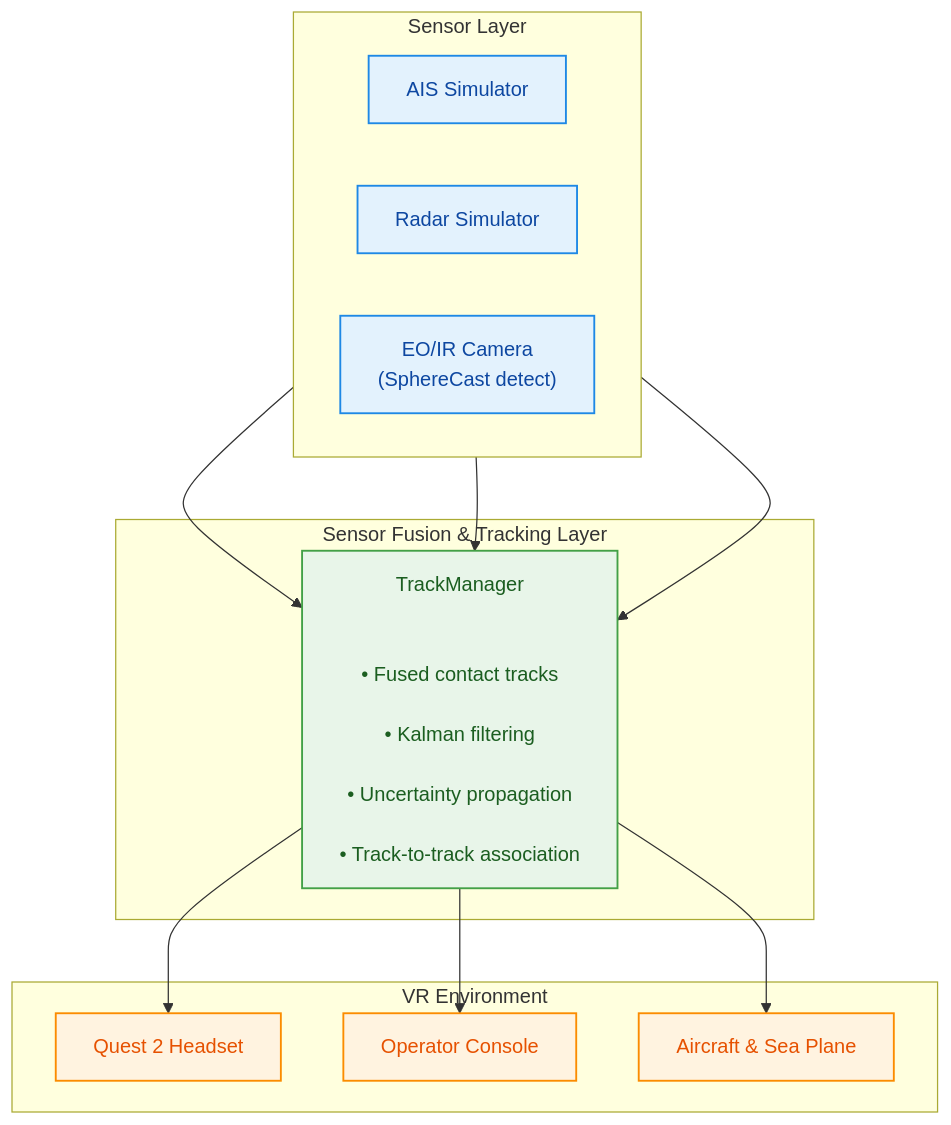
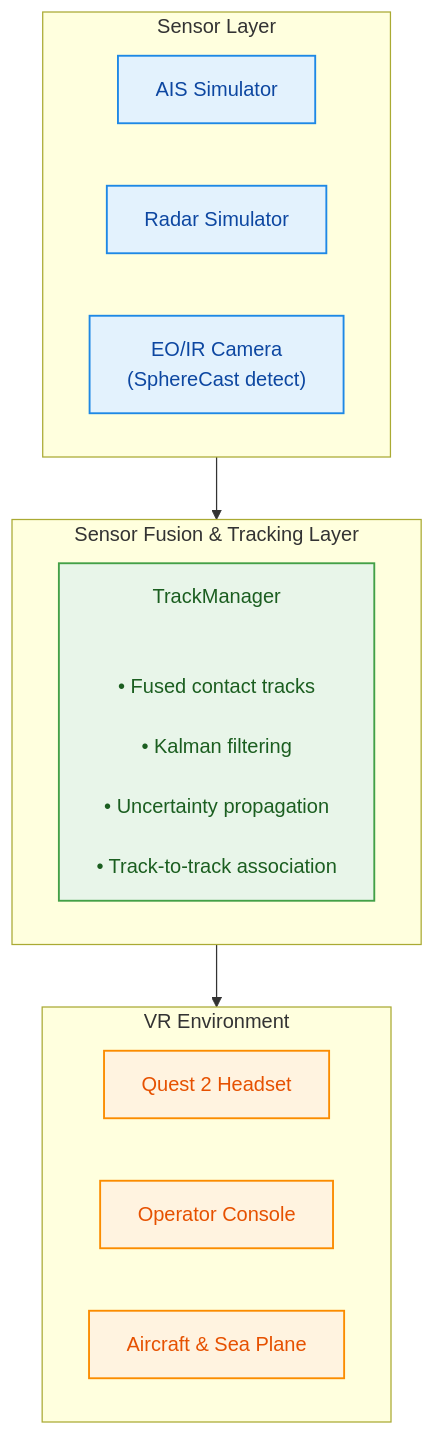
One commit to martinhli/master-thesis changed the diagram in README.md. Above: the diagram before and after it, drawn with Mermaid.

Commit message:
Update data flow connections in README
Removed outdated data flow connections and added new connections.

````diff
--- a/README.md
+++ b/README.md
@@ -60,41 +60,36 @@
 ```mermaid
 flowchart TB
 
 %% ========= Styles =========
 classDef sensor fill:#E3F2FD,stroke:#1E88E5,stroke-width:1.5px,color:#0D47A1;
 classDef fusion fill:#E8F5E9,stroke:#43A047,stroke-width:1.5px,color:#1B5E20;
 classDef vr fill:#FFF3E0,stroke:#FB8C00,stroke-width:1.5px,color:#E65100;
 
 %% ========= Sensor Layer =========
 subgraph SL["Sensor Layer"]
     direction LR
     AIS["AIS Simulator"]:::sensor
     RADAR["Radar Simulator"]:::sensor
     EOIR["EO/IR Camera<br/>(SphereCast detect)"]:::sensor
 end
 
 %% ========= Sensor Fusion & Tracking =========
 subgraph SFTL["Sensor Fusion & Tracking Layer"]
     TM["TrackManager<br/><br/>
     • Fused contact tracks<br/>
     • Kalman filtering<br/>
     • Uncertainty propagation<br/>
     • Track-to-track association"]:::fusion
 end
 
 %% ========= VR Environment =========
 subgraph VR["VR Environment"]
     QUEST["Quest 2 Headset"]:::vr
     OP["Operator Console"]:::vr
     AC["Aircraft & Sea Plane"]:::vr
 end
 
 %% ========= Data Flow =========
-AIS --> TM
-RADAR --> TM
-EOIR --> TM
-
-TM --> QUEST
-TM --> OP
-TM --> AC
+SL --> SFTL
+SFTL --> VR
 ```
````
